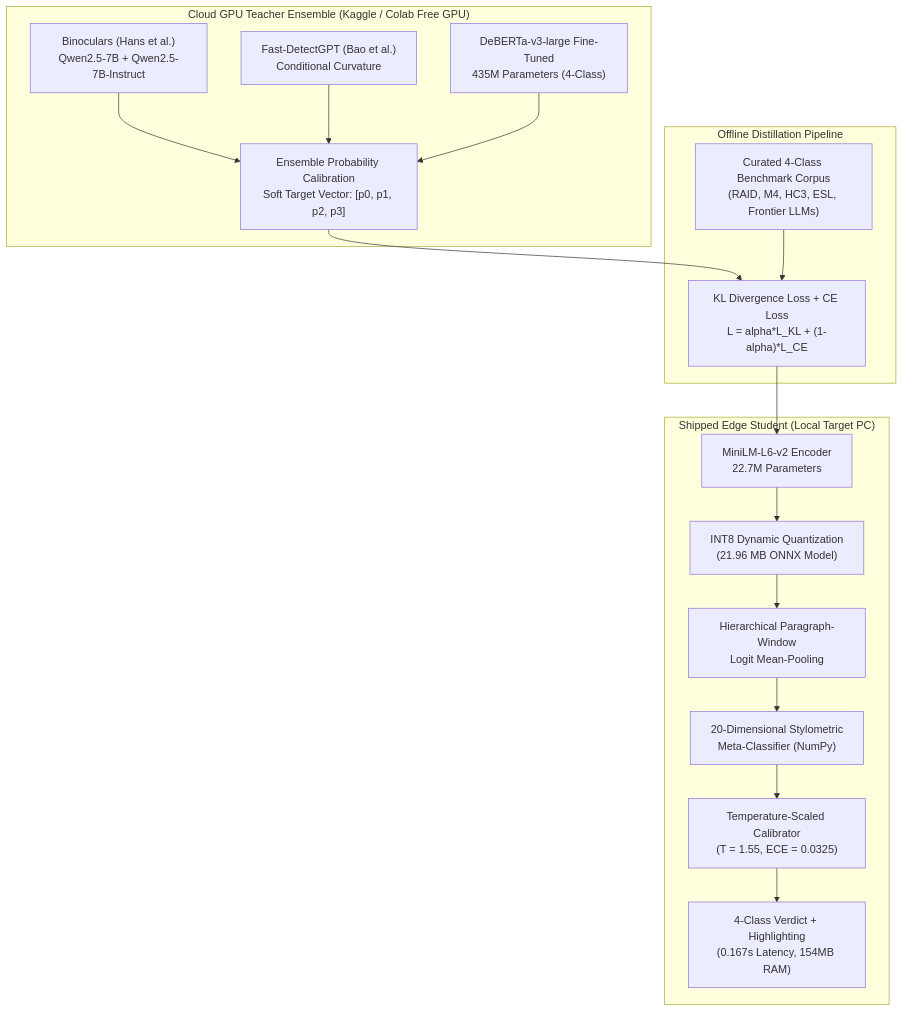
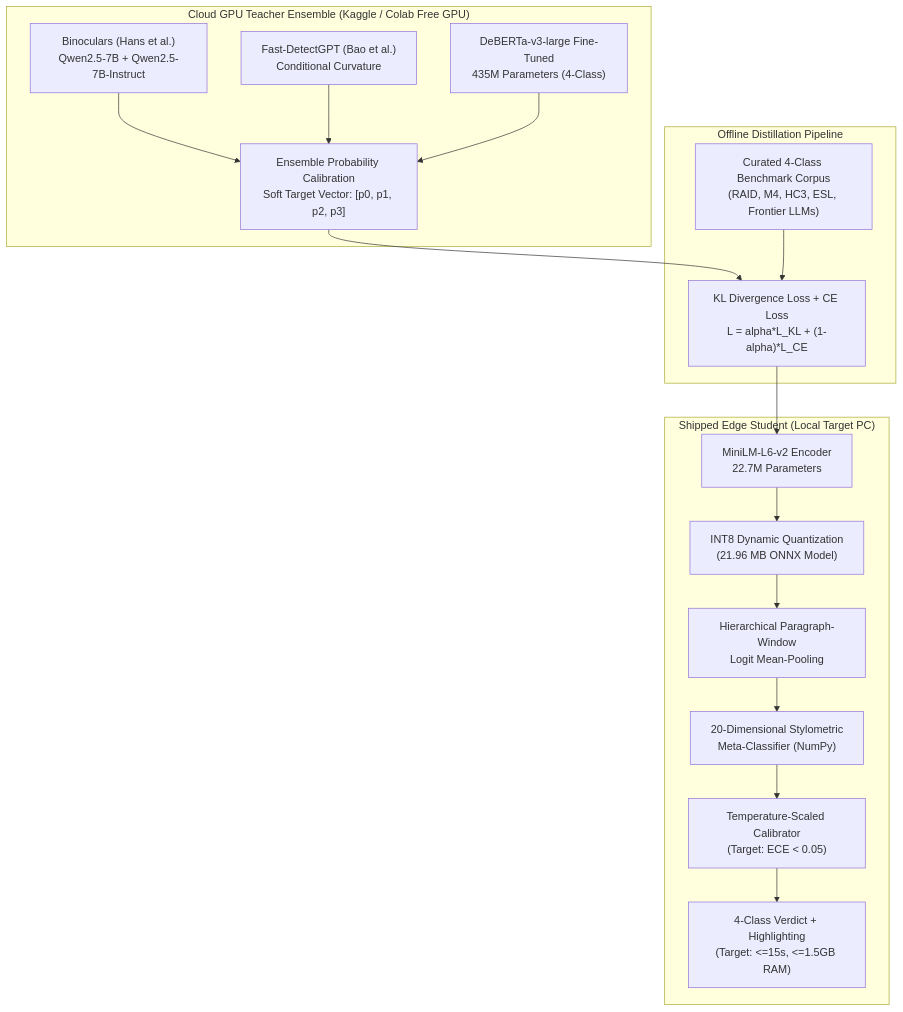
One commit to juju20081126-boop/veritas-ai-detector changed the diagram in RESEARCH_COMPENDIUM.md. Above: the diagram before and after it, drawn with Mermaid. The commit also changed other lines of this file, not shown here.

````diff
--- a/RESEARCH_COMPENDIUM.md
+++ b/RESEARCH_COMPENDIUM.md
@@ -227,34 +227,34 @@
 ```mermaid
 flowchart TD
     subgraph CloudTeacher["Cloud GPU Teacher Ensemble (Kaggle / Colab Free GPU)"]
         T1["Binoculars (Hans et al.)<br/>Qwen2.5-7B + Qwen2.5-7B-Instruct"]
         T2["Fast-DetectGPT (Bao et al.)<br/>Conditional Curvature"]
         T3["DeBERTa-v3-large Fine-Tuned<br/>435M Parameters (4-Class)"]
         SoftLabels["Ensemble Probability Calibration<br/>Soft Target Vector: [p0, p1, p2, p3]"]
         T1 --> SoftLabels
         T2 --> SoftLabels
         T3 --> SoftLabels
     end
 
     subgraph Distillation["Offline Distillation Pipeline"]
         Dataset["Curated 4-Class Benchmark Corpus<br/>(RAID, M4, HC3, ESL, Frontier LLMs)"]
         Loss["KL Divergence Loss + CE Loss<br/>L = alpha*L_KL + (1-alpha)*L_CE"]
         SoftLabels --> Loss
         Dataset --> Loss
     end
 
     subgraph ShippedStudent["Shipped Edge Student (Local Target PC)"]
         MiniLM["MiniLM-L6-v2 Encoder<br/>22.7M Parameters"]
         Quant["INT8 Dynamic Quantization<br/>(21.96 MB ONNX Model)"]
         ChunkPool["Hierarchical Paragraph-Window<br/>Logit Mean-Pooling"]
         Stylometrics["20-Dimensional Stylometric<br/>Meta-Classifier (NumPy)"]
-        Calib["Temperature-Scaled Calibrator<br/>(T = 1.55, ECE = 0.0325)"]
+        Calib["Temperature-Scaled Calibrator<br/>(Target: ECE < 0.05)"]
         
         Loss --> MiniLM
         MiniLM --> Quant
         Quant --> ChunkPool
         ChunkPool --> Stylometrics
         Stylometrics --> Calib
-        Calib --> Output["4-Class Verdict + Highlighting<br/>(0.167s Latency, 154MB RAM)"]
+        Calib --> Output["4-Class Verdict + Highlighting<br/>(Target: <=15s, <=1.5GB RAM)"]
     end
 ```
````
